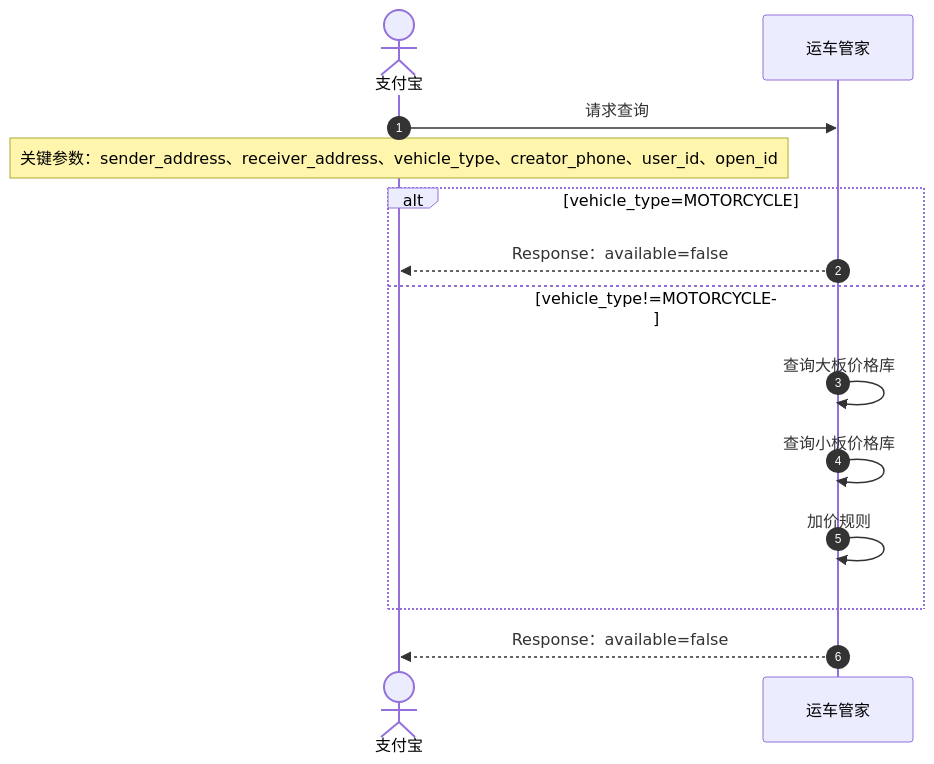
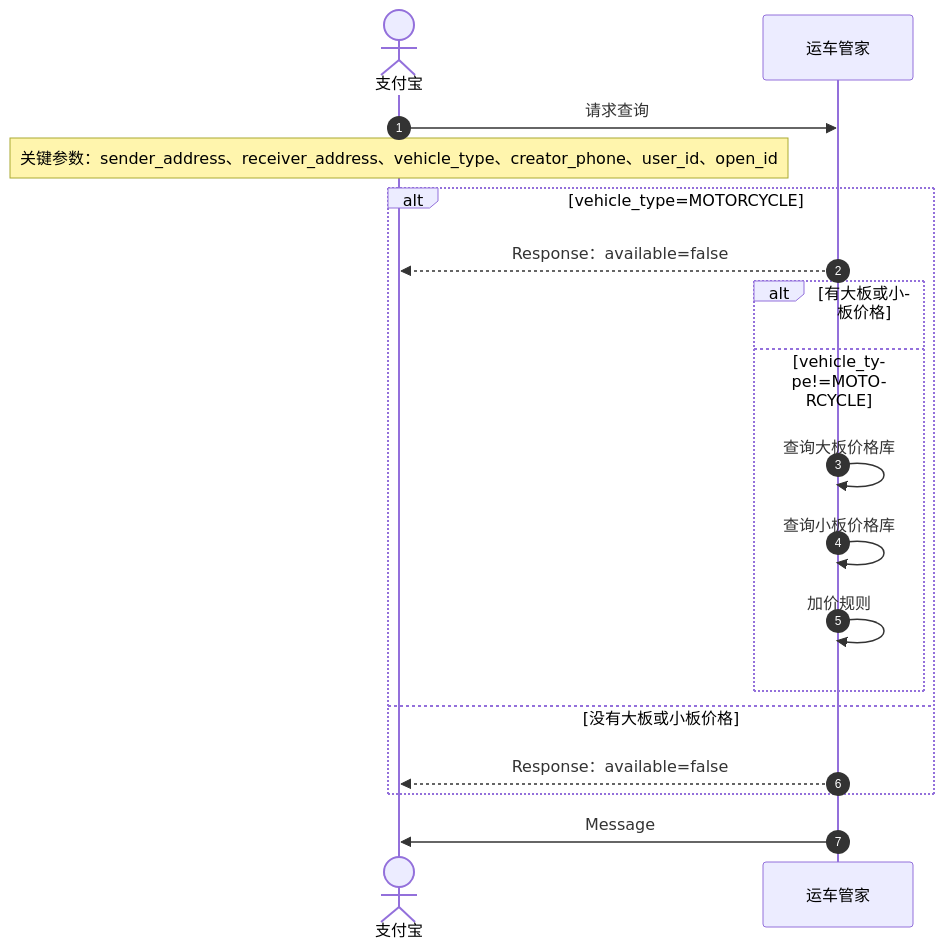
The diagram in mmd/运价查询接口_b66f33fe-f22a-4010-b0a8-42139f03c121.mmd (pingpm/mermaid_vault), drawn with Mermaid before and after one commit. The commit also changed 3 other files, not shown here.

Commit message:
Sync Mermaid Studio data (17 diagrams)

```diff
--- a/mmd/运价查询接口_b66f33fe-f22a-4010-b0a8-42139f03c121.mmd
+++ b/mmd/运价查询接口_b66f33fe-f22a-4010-b0a8-42139f03c121.mmd
@@ -1,14 +1,18 @@
 sequenceDiagram
   autonumber
   actor p0 as 支付宝
   participant p1 as 运车管家
   p0->>p1: 请求查询
   Note over p0: 关键参数：sender_address、receiver_address、vehicle_type、creator_phone、user_id、open_id
   alt vehicle_type=MOTORCYCLE
   p1-->>p0: Response：available=false
+  alt 有大板或小板价格
   else vehicle_type!=MOTORCYCLE
   p1->>p1: 查询大板价格库
   p1->>p1: 查询小板价格库
   p1->>p1: 加价规则
   end
+  else 没有大板或小板价格
   p1-->>p0: Response：available=false
+  end
+  p1->>p0: Message
```
